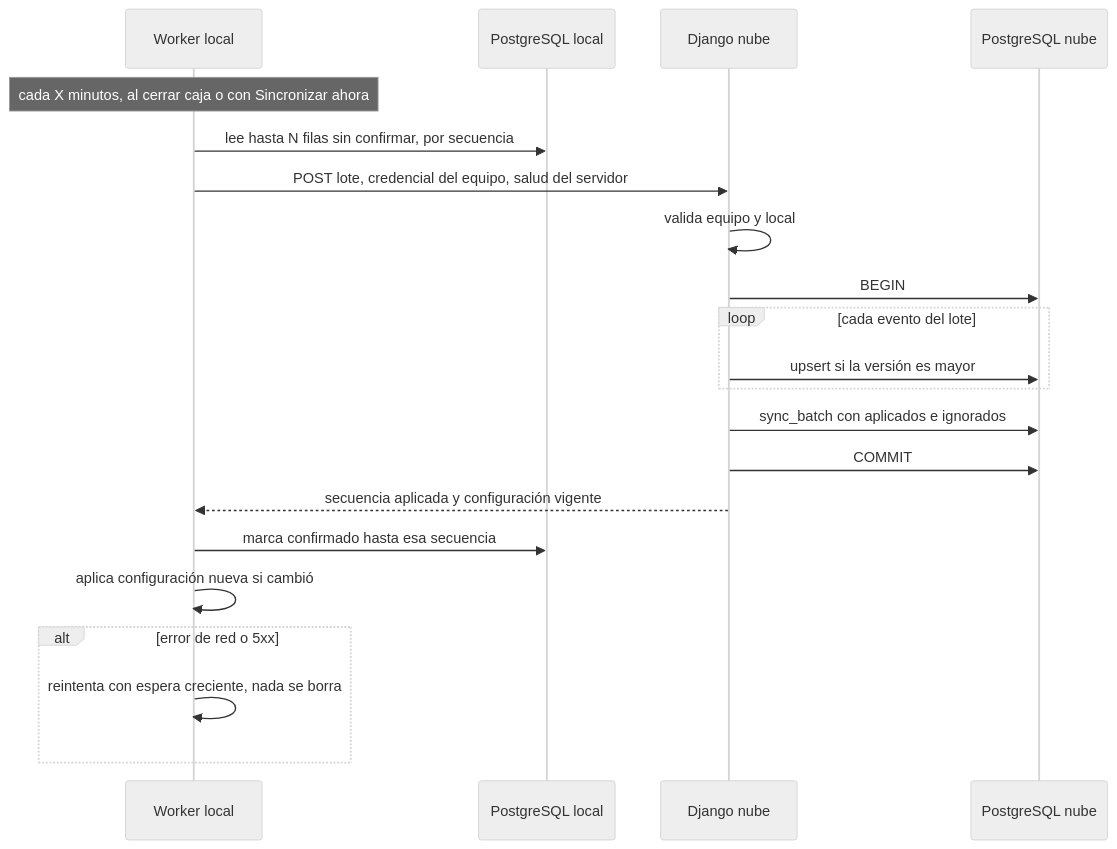
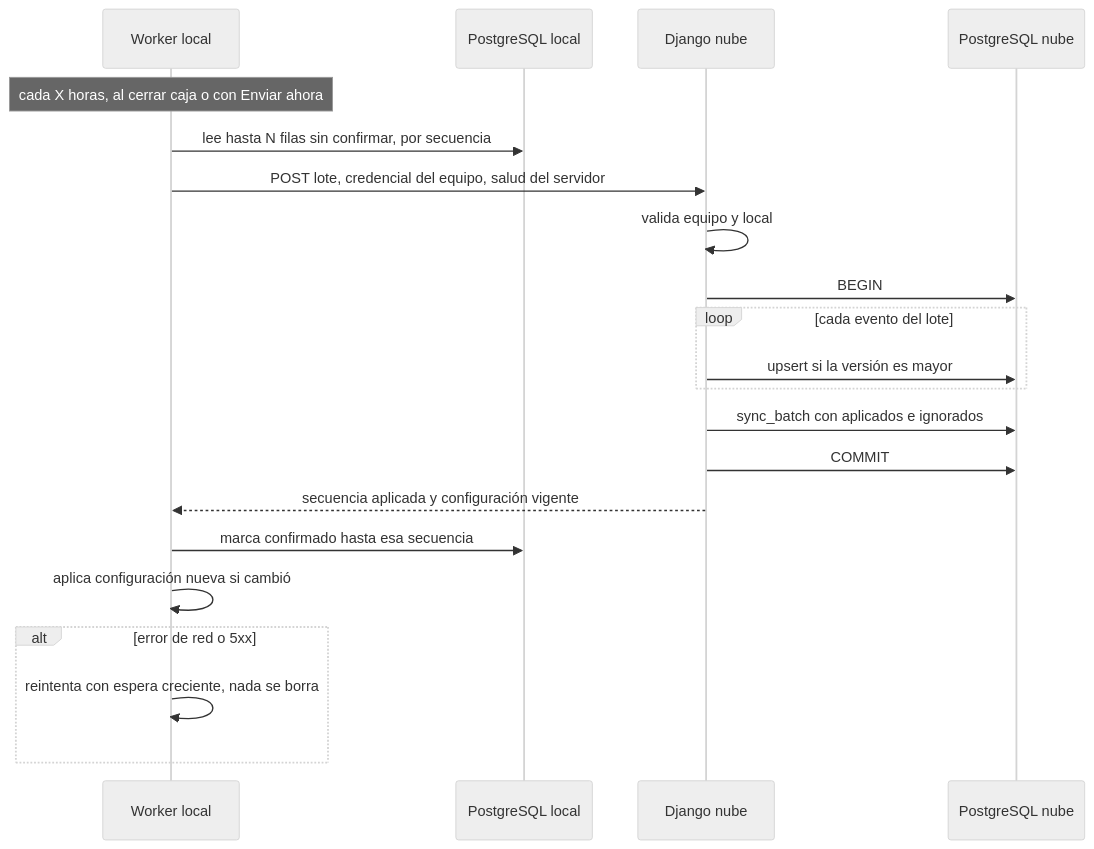
Before and after one commit to aleharo2003/floky: the diagram in docs/diagramas/fuentes/TEC-04.mmd, drawn with Mermaid (neutral theme). The commit also changed 45 other files, not shown here.

```diff
--- a/docs/diagramas/fuentes/TEC-04.mmd
+++ b/docs/diagramas/fuentes/TEC-04.mmd
@@ -1,21 +1,21 @@
 sequenceDiagram
     participant K as Worker local
     participant DB as PostgreSQL local
     participant API as Django nube
     participant PN as PostgreSQL nube
-    Note over K: cada X minutos, al cerrar caja o con Sincronizar ahora
+    Note over K: cada X horas, al cerrar caja o con Enviar ahora
     K->>DB: lee hasta N filas sin confirmar, por secuencia
     K->>API: POST lote, credencial del equipo, salud del servidor
     API->>API: valida equipo y local
     API->>PN: BEGIN
     loop cada evento del lote
         API->>PN: upsert si la versión es mayor
     end
     API->>PN: sync_batch con aplicados e ignorados
     API->>PN: COMMIT
     API-->>K: secuencia aplicada y configuración vigente
     K->>DB: marca confirmado hasta esa secuencia
     K->>K: aplica configuración nueva si cambió
     alt error de red o 5xx
         K->>K: reintenta con espera creciente, nada se borra
     end
```
